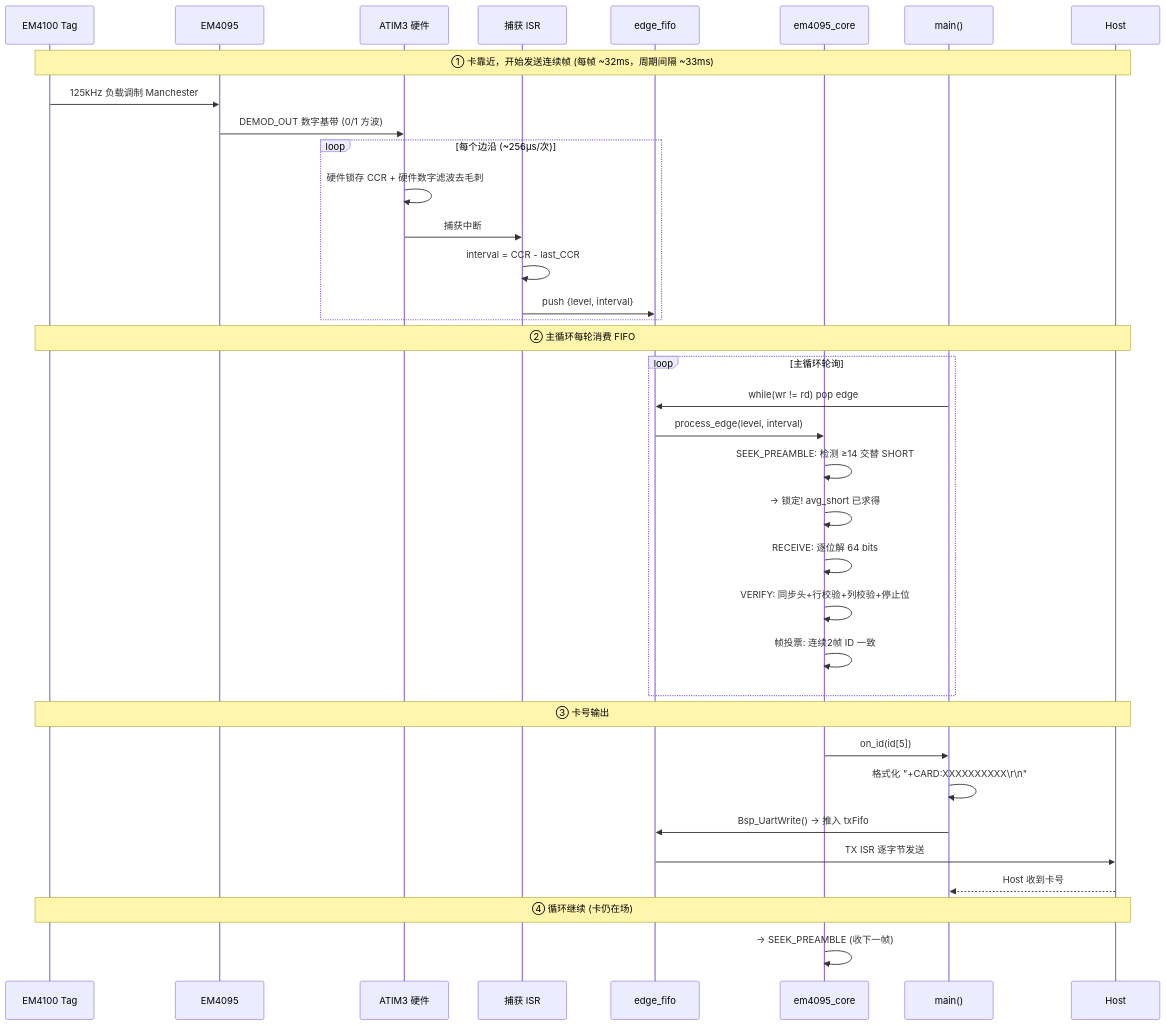
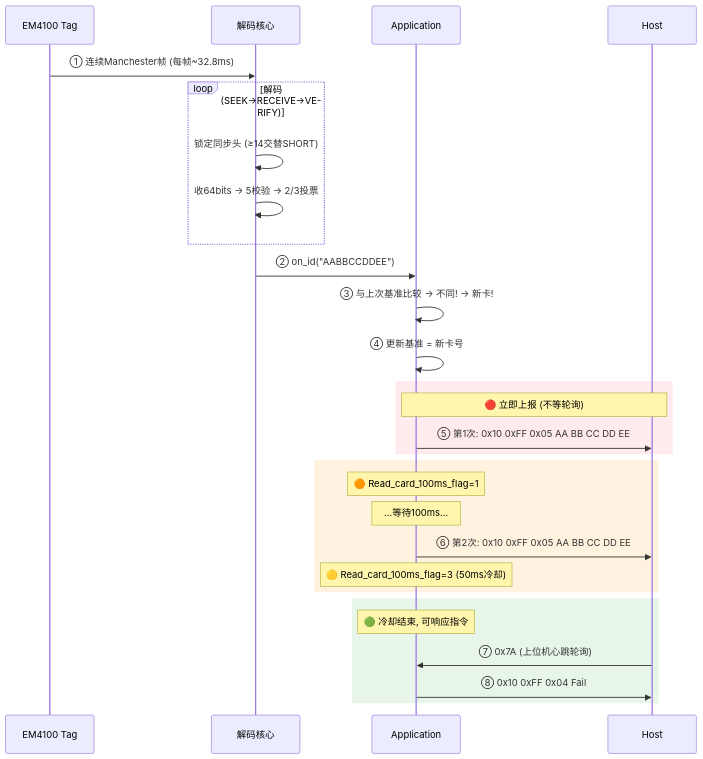
The fourth of 8 diagrams in 工作/SR3读卡器/260802SR3读卡器架构.md (Siaiai/ObsidianNote), drawn with Mermaid before and after one commit. The commit also changed other lines of this file, not shown here.

````diff
--- a/工作/SR3读卡器/260802SR3读卡器架构.md
+++ b/工作/SR3读卡器/260802SR3读卡器架构.md
@@ -250,47 +330,36 @@
 ```mermaid
 sequenceDiagram
     participant TAG as EM4100 Tag
-    participant RF as EM4095
-    participant TIM as ATIM3 硬件
-    participant ISR as 捕获 ISR
-    participant FIFO as edge_fifo
-    participant DEC as em4095_core
-    participant APP as main()
+    participant DEC as 解码核心
+    participant APP as Application
     participant UART as Host
 
-    Note over TAG,UART: ① 卡靠近，开始发送连续帧 (每帧 ~32ms，周期间隔 ~33ms)
+    TAG->>DEC: ① 连续Manchester帧 (每帧~32.8ms)
 
-    TAG->>RF: 125kHz 负载调制 Manchester
-    RF->>TIM: DEMOD_OUT 数字基带 (0/1 方波)
-
-    loop 每个边沿 (~256µs/次)
-        TIM->>TIM: 硬件锁存 CCR + 硬件数字滤波去毛刺
-        TIM->>ISR: 捕获中断
-        ISR->>ISR: interval = CCR - last_CCR
-        ISR->>FIFO: push {level, interval}
+    loop 解码 (SEEK→RECEIVE→VERIFY)
+        DEC->>DEC: 锁定同步头 (≥14交替SHORT)
+        DEC->>DEC: 收64bits → 5校验 → 2/3投票
     end
 
-    Note over TAG,UART: ② 主循环每轮消费 FIFO
+    DEC->>APP: ② on_id("AABBCCDDEE")
+    APP->>APP: ③ 与上次基准比较 → 不同! → 新卡!
+    APP->>APP: ④ 更新基准 = 新卡号
 
-    loop 主循环轮询
-        APP->>FIFO: while(wr != rd) pop edge
-        FIFO->>DEC: process_edge(level, interval)
-        DEC->>DEC: SEEK_PREAMBLE: 检测 ≥14 交替 SHORT
-        DEC->>DEC: → 锁定! avg_short 已求得
-        DEC->>DEC: RECEIVE: 逐位解 64 bits
-        DEC->>DEC: VERIFY: 同步头+行校验+列校验+停止位
-        DEC->>DEC: 帧投票: 连续2帧 ID 一致
+    rect rgb(255, 235, 238)
+        Note over APP,UART: 🔴 立即上报 (不等轮询)
+        APP->>UART: ⑤ 第1次: 0x10 0xFF 0x05 AA BB CC DD EE
     end
 
-    Note over TAG,UART: ③ 卡号输出
+    rect rgb(255, 243, 224)
+        Note over APP: 🟠 Read_card_100ms_flag=1
+        Note over APP: ...等待100ms...
+        APP->>UART: ⑥ 第2次: 0x10 0xFF 0x05 AA BB CC DD EE
+        Note over APP: 🟡 Read_card_100ms_flag=3 (50ms冷却)
+    end
 
-    DEC->>APP: on_id(id[5])
-    APP->>APP: 格式化 "+CARD:XXXXXXXXXX\r\n"
-    APP->>FIFO: Bsp_UartWrite() → 推入 txFifo
-    FIFO->>UART: TX ISR 逐字节发送
-    UART-->>APP: Host 收到卡号
-
-    Note over TAG,UART: ④ 循环继续 (卡仍在场)
-
-    DEC->>DEC: → SEEK_PREAMBLE (收下一帧)
+    rect rgb(232, 245, 233)
+        Note over APP: 🟢 冷却结束, 可响应指令
+        UART->>APP: ⑦ 0x7A (上位机心跳轮询)
+        APP->>UART: ⑧ 0x10 0xFF 0x04 Fail
+    end
 ```
````
